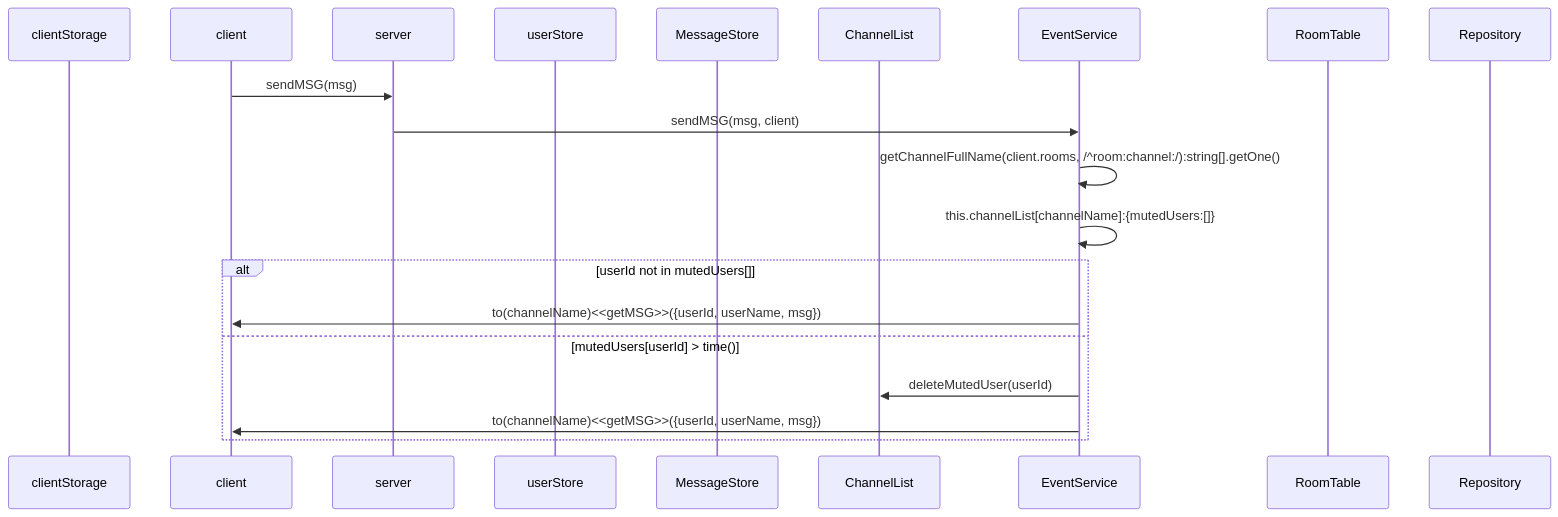
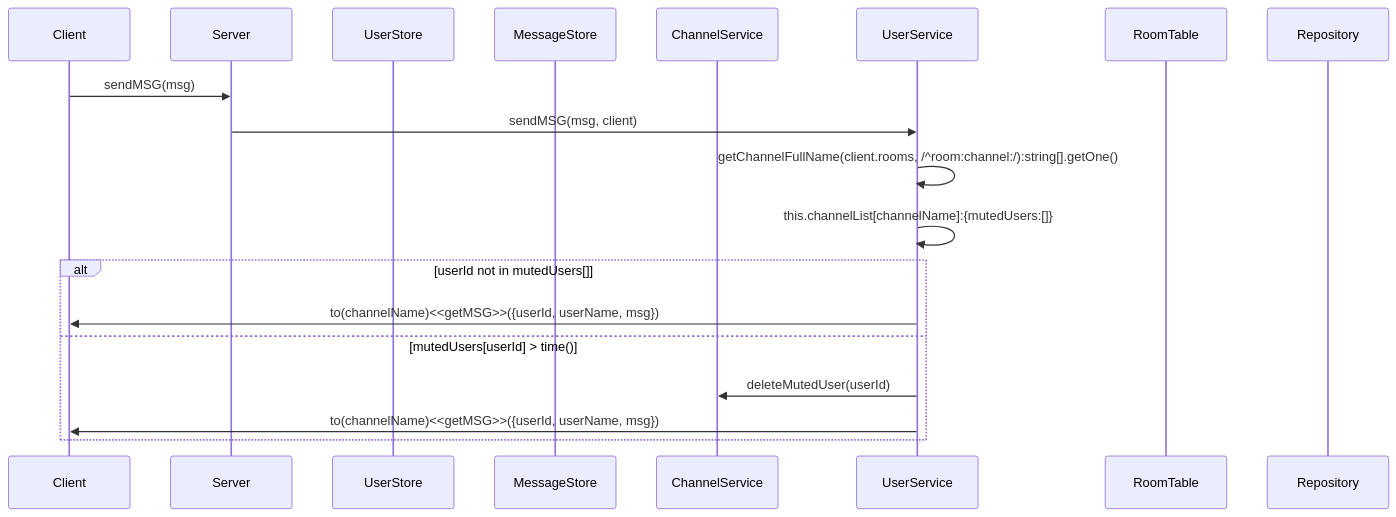
The ninth of 20 diagrams in backend/node/app/event.md (mtak0235/simmons_transcendence), drawn with Mermaid before and after one commit. The commit also changed other lines of this file, not shown here.

Commit message:
refactor: 백엔드 소켓 시퀀스 다이어그램 순서 정리 & 요청 응답 값 구체화

````diff
--- a/backend/node/app/event.md
+++ b/backend/node/app/event.md
@@ -262,23 +366,22 @@
 ```mermaid
 sequenceDiagram
-participant cls as clientStorage
-participant c as client
-participant ga as server
-participant ss as userStore
+participant c as Client
+participant ga as Server
+participant ss as UserStore
 participant ms as MessageStore
-participant cns as ChannelList
-participant cs as EventService
+participant cns as ChannelService
+participant us as UserService
 participant rt as RoomTable
 participant r as Repository
 
 c->>ga: sendMSG(msg)
-ga->>cs: sendMSG(msg, client)
-cs->>cs: getChannelFullName(client.rooms, /^room:channel:/):string[].getOne()
-cs->>cs: this.channelList[channelName]:{mutedUsers:[]}
-alt userId not in mutedUsers[] 
-cs->>c: to(channelName)<<getMSG>>({userId, userName, msg})
+ga->>us: sendMSG(msg, client)
+us->>us: getChannelFullName(client.rooms, /^room:channel:/):string[].getOne()
+us->>us: this.channelList[channelName]:{mutedUsers:[]}
+alt userId not in mutedUsers[]
+us->>c: to(channelName)<<getMSG>>({userId, userName, msg})
 else  mutedUsers[userId] > time()
-cs->>cns: deleteMutedUser(userId)
-cs->>c: to(channelName)<<getMSG>>({userId, userName, msg})
+us->>cns: deleteMutedUser(userId)
+us->>c: to(channelName)<<getMSG>>({userId, userName, msg})
 end
 ```
````
